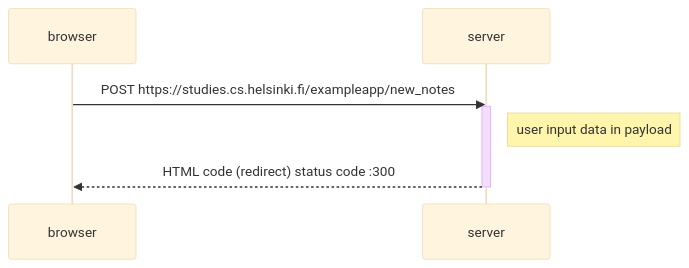
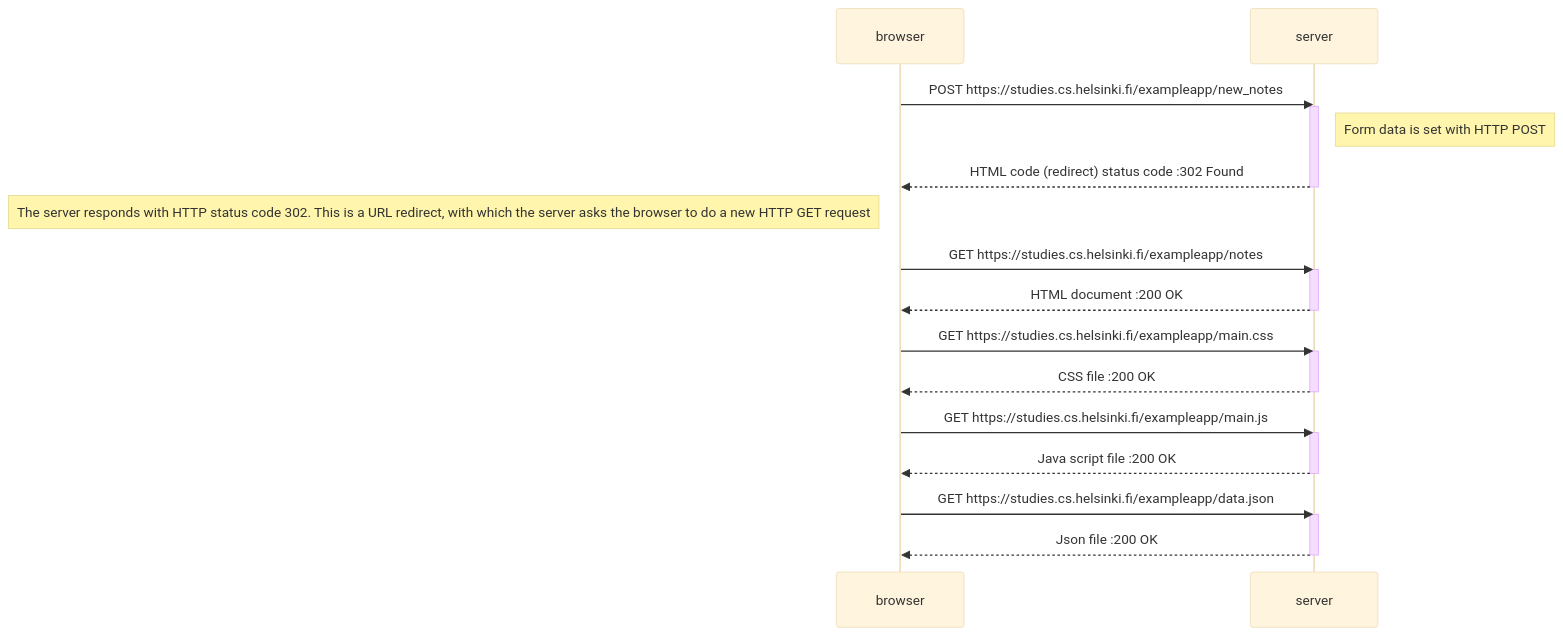
The diagram in 0.4.md (andersonkwok/git001), drawn with Mermaid (base theme) before and after one commit.

````diff
--- a/0.4.md
+++ b/0.4.md
@@ -2,12 +2,32 @@
 ```mermaid
 sequenceDiagram
     participant browser
     participant server
 
     browser->>server: POST https://studies.cs.helsinki.fi/exampleapp/new_notes
     activate server
-    Note right of server: user input data in payload
-    server-->>browser: HTML code (redirect) status code :300
+    Note right of server: Form data is set with HTTP POST
+    server-->>browser: HTML code (redirect) status code :302 Found
     deactivate server
 
+Note left of browser:The server responds with HTTP status code 302. This is a URL redirect, with which the server asks the browser to do a new HTTP GET request
+    browser->>server: GET https://studies.cs.helsinki.fi/exampleapp/notes
+    activate server
+    server-->>browser: HTML document  :200 OK
+    deactivate server
+
+    browser->>server: GET https://studies.cs.helsinki.fi/exampleapp/main.css
+    activate server
+    server-->>browser: CSS file  :200 OK
+    deactivate server
+
+    browser->>server: GET https://studies.cs.helsinki.fi/exampleapp/main.js
+    activate server
+    server-->>browser: Java script file  :200 OK
+    deactivate server
+
+    browser->>server: GET https://studies.cs.helsinki.fi/exampleapp/data.json
+    activate server
+    server-->>browser: Json file  :200 OK
+    deactivate server
 ```
````
